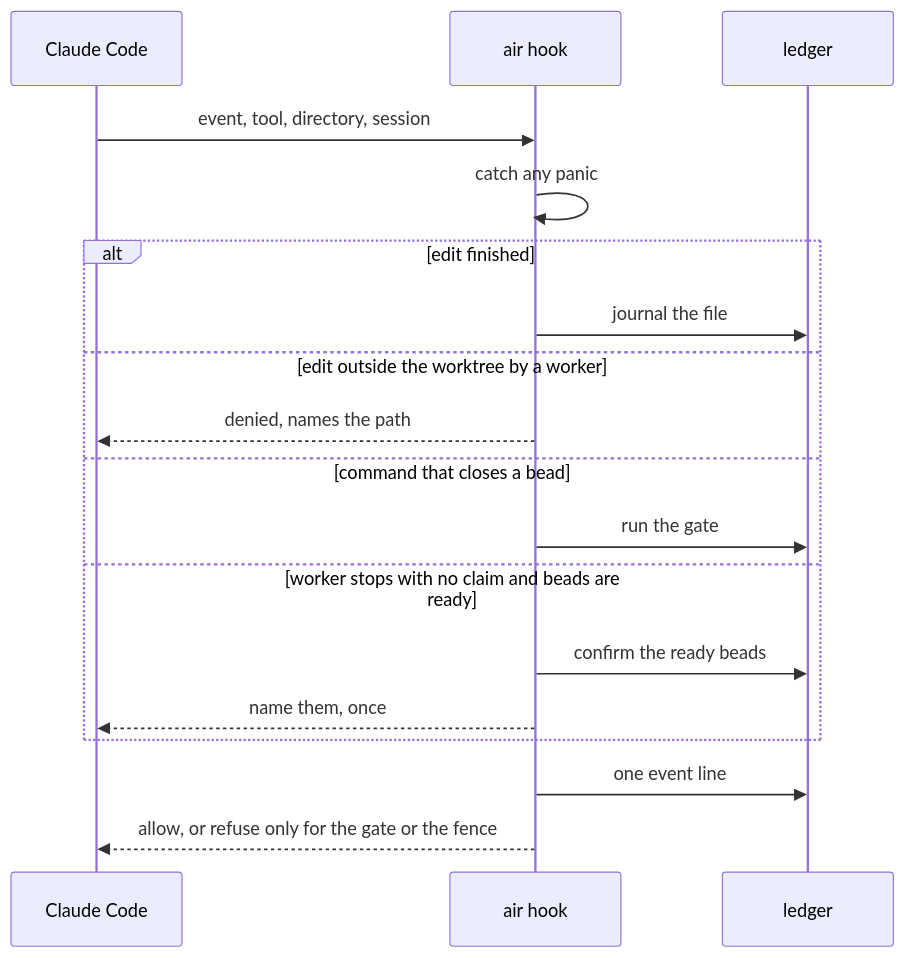
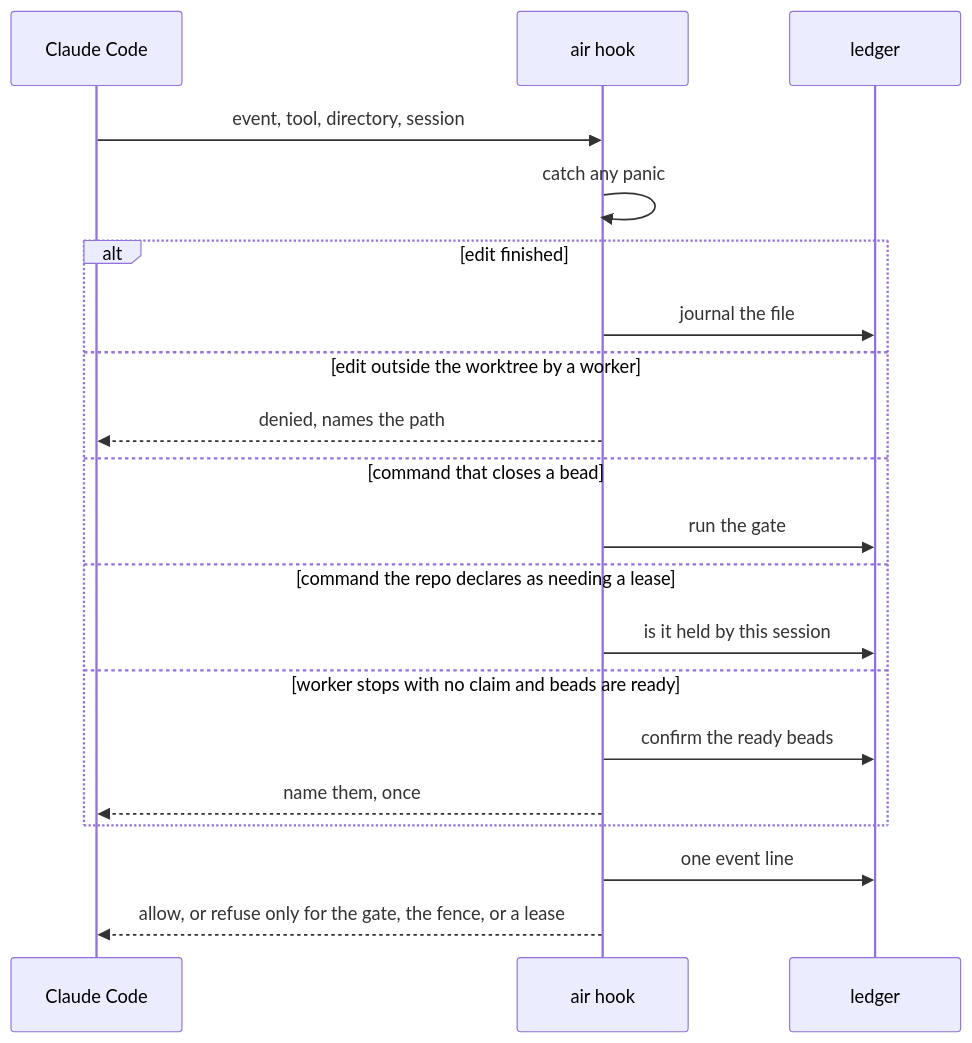
Before and after one commit to AJTJ/airunner: the sixth of 8 diagrams in docs/design.md, drawn with Mermaid. The commit also changed other lines of this file and 10 other files, not shown here.

````diff
--- a/docs/design.md
+++ b/docs/design.md
@@ -373,20 +373,22 @@
 ```mermaid
 sequenceDiagram
   participant H as Claude Code
   participant K as air hook
   participant L as ledger
   H->>K: event, tool, directory, session
   K->>K: catch any panic
   alt edit finished
     K->>L: journal the file
   else edit outside the worktree by a worker
     K-->>H: denied, names the path
   else command that closes a bead
     K->>L: run the gate
+  else command the repo declares as needing a lease
+    K->>L: is it held by this session
   else worker stops with no claim and beads are ready
     K->>L: confirm the ready beads
     K-->>H: name them, once
   end
   K->>L: one event line
-  K-->>H: allow, or refuse only for the gate or the fence
+  K-->>H: allow, or refuse only for the gate, the fence, or a lease
 ```
````
